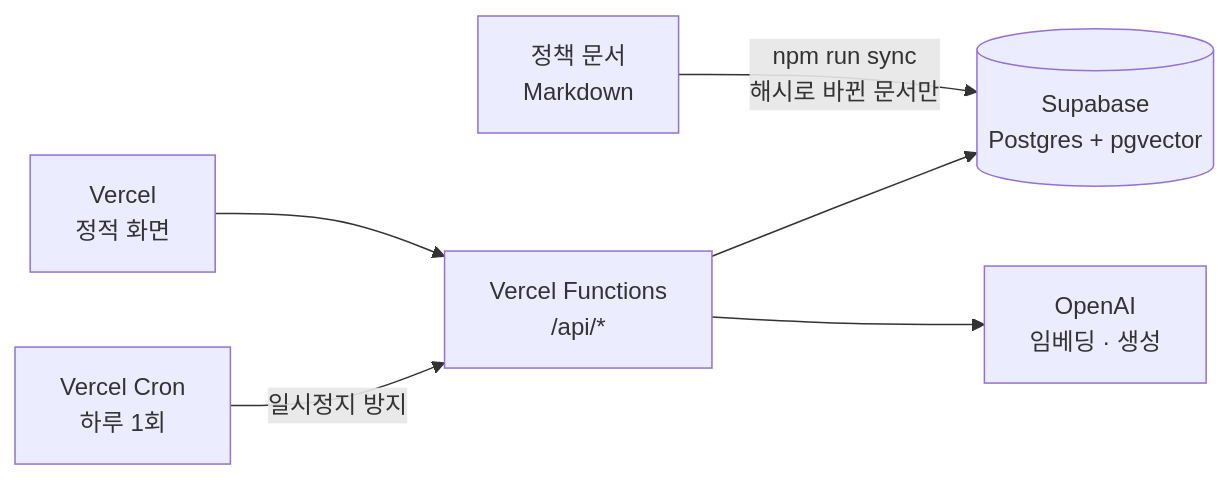
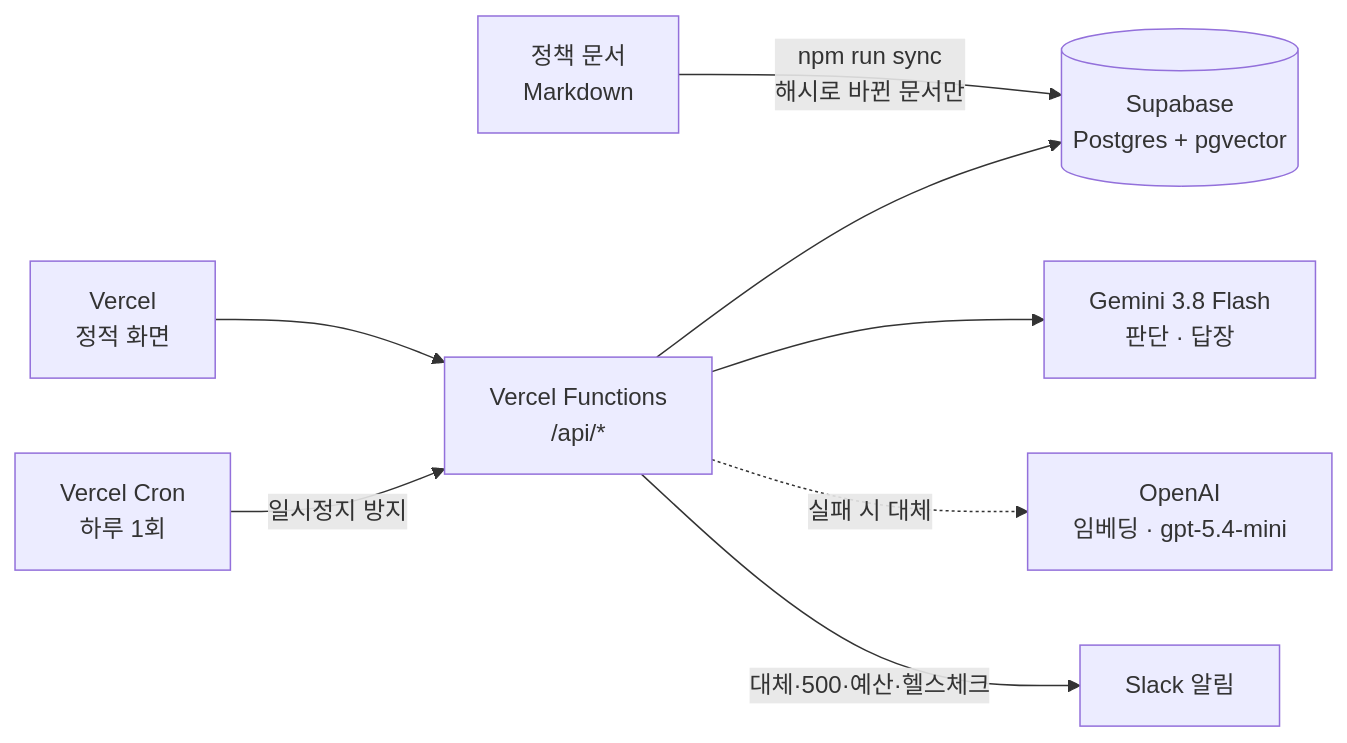
Before and after one commit to EXPOIR0405/helpdesk-copilot: the second of 2 diagrams in README.md, drawn with Mermaid. The commit also changed other lines of this file and 20 other files, not shown here.

First line of the commit message:
feat: 기본 모델 gemini-3.8-flash, 대체 gpt-5.4-mini + 모델 선택 문서

````diff
--- a/README.md
+++ b/README.md
@@ -137,8 +138,10 @@
 ```mermaid
 flowchart LR
   Docs["정책 문서<br/>Markdown"] -- "npm run sync<br/>해시로 바뀐 문서만" --> DB[("Supabase<br/>Postgres + pgvector")]
   Web["Vercel<br/>정적 화면"] --> API["Vercel Functions<br/>/api/*"]
   API --> DB
-  API --> AI["OpenAI<br/>임베딩 · 생성"]
+  API --> G["Gemini 3.8 Flash<br/>판단 · 답장"]
+  API -. "실패 시 대체" .-> O["OpenAI<br/>임베딩 · gpt-5.4-mini"]
+  API -- "대체·500·예산·헬스체크" --> Slack["Slack 알림"]
   Cron["Vercel Cron<br/>하루 1회"] -- "일시정지 방지" --> API
 ```
````
